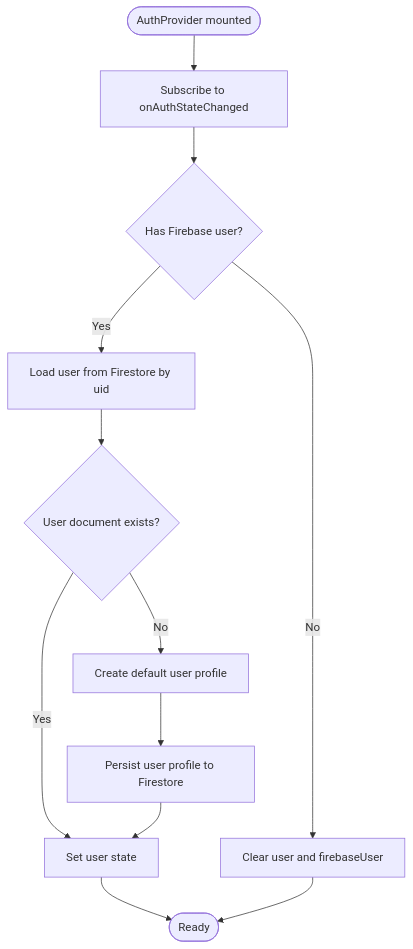
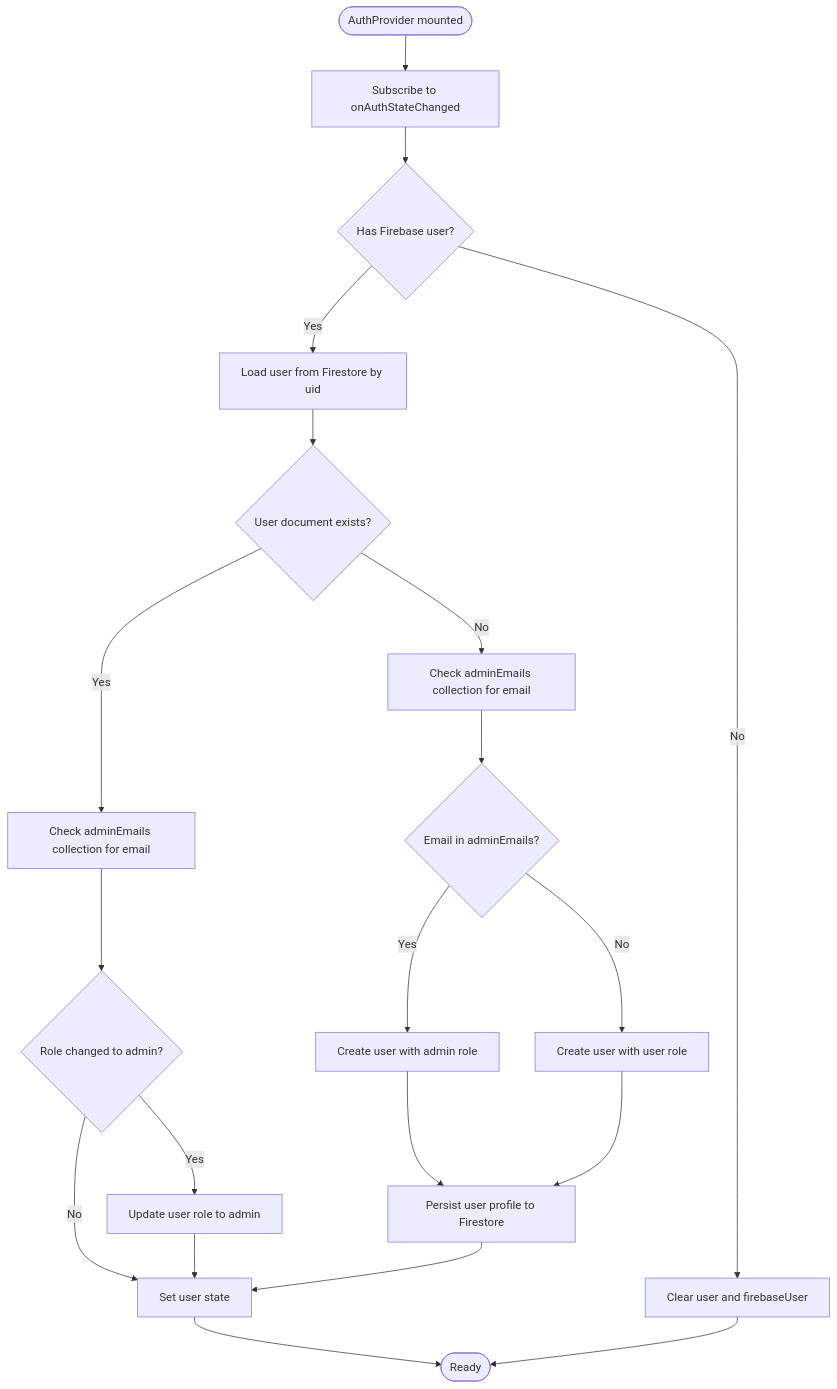
One commit to alikizang/datafrica changed the third of 5 diagrams in .qoder/repowiki/en/content/Authentication System/Authentication System.md. Above: the diagram before and after it, drawn with Mermaid. The commit also changed other lines of this file and 15 other files, not shown here.

First line of the commit message:
Fix auth loading, add Firestore rules, KKiaPay webhook, admin redirect

````diff
--- a/.qoder/repowiki/en/content/Authentication System/Authentication System.md
+++ b/.qoder/repowiki/en/content/Authentication System/Authentication System.md
@@ -156,14 +186,22 @@
 ```mermaid
 flowchart TD
 Start(["AuthProvider mounted"]) --> Listen["Subscribe to onAuthStateChanged"]
 Listen --> HasUser{"Has Firebase user?"}
 HasUser --> |Yes| LoadDoc["Load user from Firestore by uid"]
 LoadDoc --> DocExists{"User document exists?"}
-DocExists --> |Yes| SetUser["Set user state"]
-DocExists --> |No| CreateUser["Create default user profile"]
-CreateUser --> SaveDoc["Persist user profile to Firestore"]
+DocExists --> |Yes| CheckRole["Check adminEmails collection for email"]
+DocExists --> |No| CheckAdminEmail["Check adminEmails collection for email"]
+CheckRole --> RoleChanged{"Role changed to admin?"}
+RoleChanged --> |Yes| UpdateRole["Update user role to admin"]
+RoleChanged --> |No| SetUser["Set user state"]
+UpdateRole --> SetUser
+CheckAdminEmail --> IsAdmin{"Email in adminEmails?"}
+IsAdmin --> |Yes| CreateUserAdmin["Create user with admin role"]
+IsAdmin --> |No| CreateUserUser["Create user with user role"]
+CreateUserAdmin --> SaveDoc["Persist user profile to Firestore"]
+CreateUserUser --> SaveDoc
 SaveDoc --> SetUser
 HasUser --> |No| ClearState["Clear user and firebaseUser"]
 SetUser --> Done(["Ready"])
 ClearState --> Done
 ```
````
